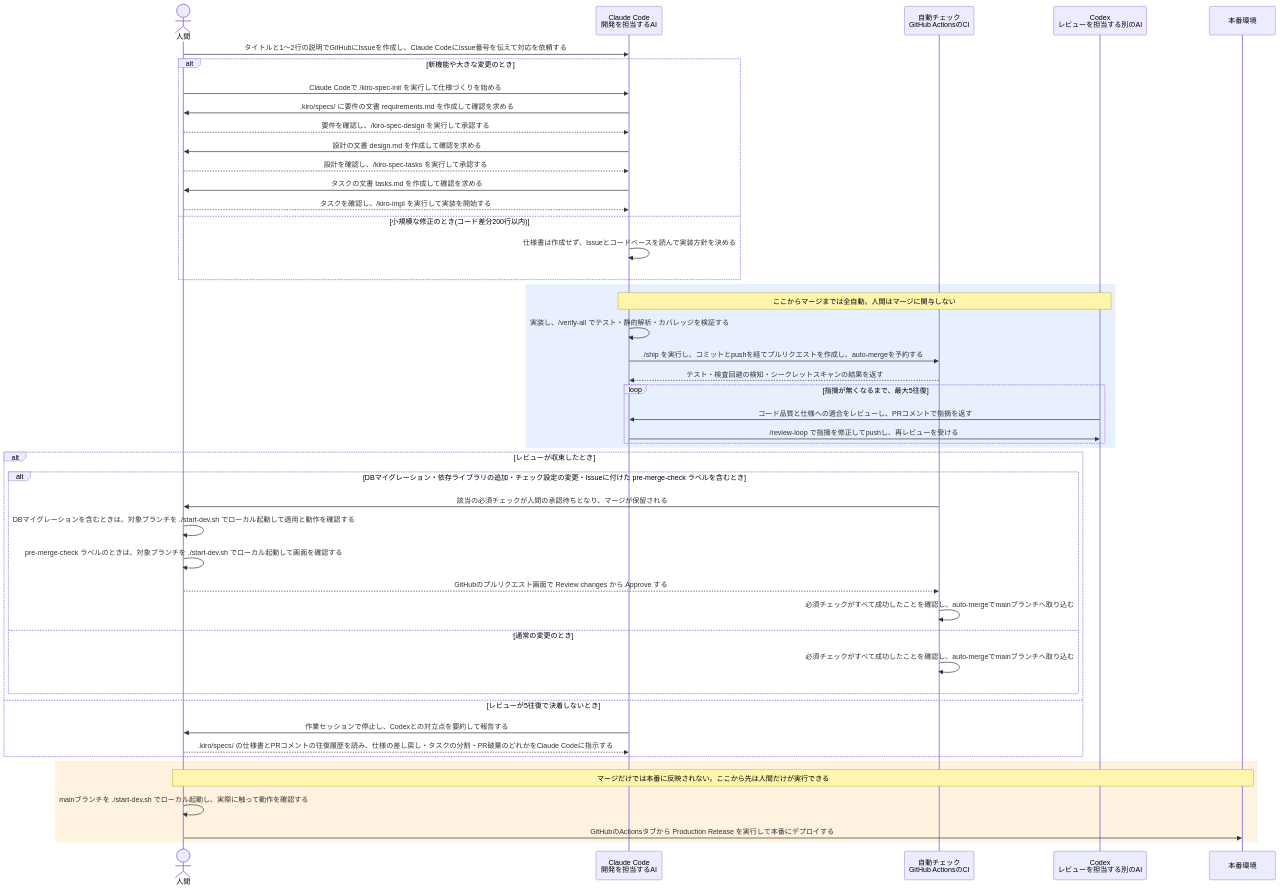
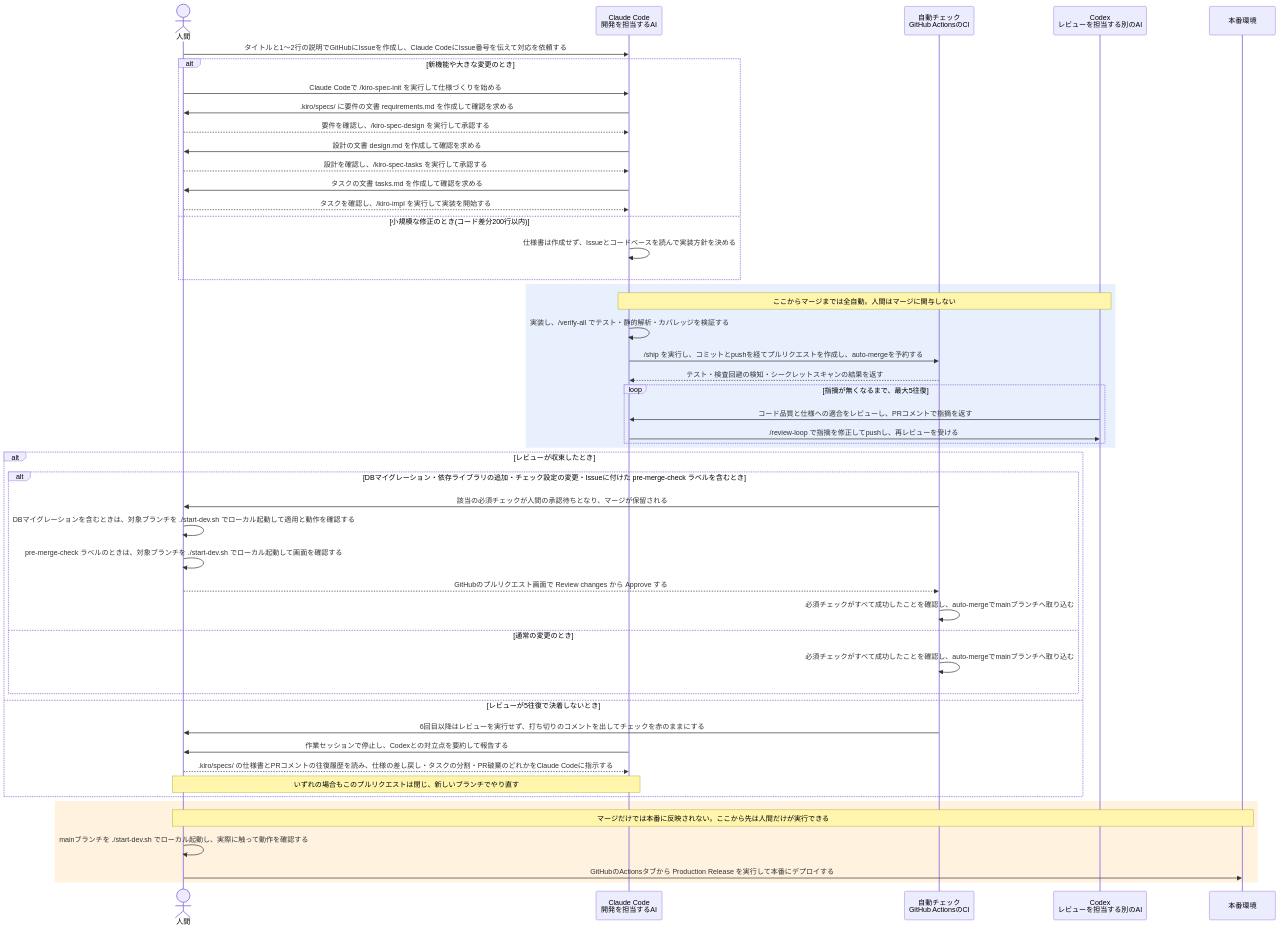
The second of 2 diagrams in README.md (DogisRiki/KeirekiPro), drawn with Mermaid before and after one commit. The commit also changed other lines of this file and 3 other files, not shown here.

````diff
--- a/README.md
+++ b/README.md
@@ -291,54 +291,56 @@
 ```mermaid
 sequenceDiagram
     actor Human as 人間
     participant Claude as Claude Code<br/>開発を担当するAI
     participant CI as 自動チェック<br/>GitHub ActionsのCI
     participant Codex as Codex<br/>レビューを担当する別のAI
     participant Prod as 本番環境
 
     Human->>Claude: タイトルと1〜2行の説明でGitHubにIssueを作成し、Claude CodeにIssue番号を伝えて対応を依頼する
 
     alt 新機能や大きな変更のとき
         Human->>Claude: Claude Codeで /kiro-spec-init を実行して仕様づくりを始める
         Claude->>Human: .kiro/specs/ に要件の文書 requirements.md を作成して確認を求める
         Human-->>Claude: 要件を確認し、/kiro-spec-design を実行して承認する
         Claude->>Human: 設計の文書 design.md を作成して確認を求める
         Human-->>Claude: 設計を確認し、/kiro-spec-tasks を実行して承認する
         Claude->>Human: タスクの文書 tasks.md を作成して確認を求める
         Human-->>Claude: タスクを確認し、/kiro-impl を実行して実装を開始する
     else 小規模な修正のとき(コード差分200行以内)
         Claude->>Claude: 仕様書は作成せず、Issueとコードベースを読んで実装方針を決める
     end
 
     rect rgb(232, 240, 254)
         Note over Claude,Codex: ここからマージまでは全自動。人間はマージに関与しない
         Claude->>Claude: 実装し、/verify-all でテスト・静的解析・カバレッジを検証する
         Claude->>CI: /ship を実行し、コミットとpushを経てプルリクエストを作成し、auto-mergeを予約する
         CI-->>Claude: テスト・検査回避の検知・シークレットスキャンの結果を返す
         loop 指摘が無くなるまで、最大5往復
             Codex->>Claude: コード品質と仕様への適合をレビューし、PRコメントで指摘を返す
             Claude->>Codex: /review-loop で指摘を修正してpushし、再レビューを受ける
         end
     end
 
     alt レビューが収束したとき
         alt DBマイグレーション・依存ライブラリの追加・チェック設定の変更・Issueに付けた pre-merge-check ラベルを含むとき
             CI->>Human: 該当の必須チェックが人間の承認待ちとなり、マージが保留される
             Human->>Human: DBマイグレーションを含むときは、対象ブランチを ./start-dev.sh でローカル起動して適用と動作を確認する
             Human->>Human: pre-merge-check ラベルのときは、対象ブランチを ./start-dev.sh でローカル起動して画面を確認する
             Human-->>CI: GitHubのプルリクエスト画面で Review changes から Approve する
             CI->>CI: 必須チェックがすべて成功したことを確認し、auto-mergeでmainブランチへ取り込む
         else 通常の変更のとき
             CI->>CI: 必須チェックがすべて成功したことを確認し、auto-mergeでmainブランチへ取り込む
         end
     else レビューが5往復で決着しないとき
+        CI->>Human: 6回目以降はレビューを実行せず、打ち切りのコメントを出してチェックを赤のままにする
         Claude->>Human: 作業セッションで停止し、Codexとの対立点を要約して報告する
         Human-->>Claude: .kiro/specs/ の仕様書とPRコメントの往復履歴を読み、仕様の差し戻し・タスクの分割・PR破棄のどれかをClaude Codeに指示する
+        Note over Claude,Human: いずれの場合もこのプルリクエストは閉じ、新しいブランチでやり直す
     end
 
     rect rgb(255, 243, 224)
         Note over Human,Prod: マージだけでは本番に反映されない。ここから先は人間だけが実行できる
         Human->>Human: mainブランチを ./start-dev.sh でローカル起動し、実際に触って動作を確認する
         Human->>Prod: GitHubのActionsタブから Production Release を実行して本番にデプロイする
     end
 ```
````
